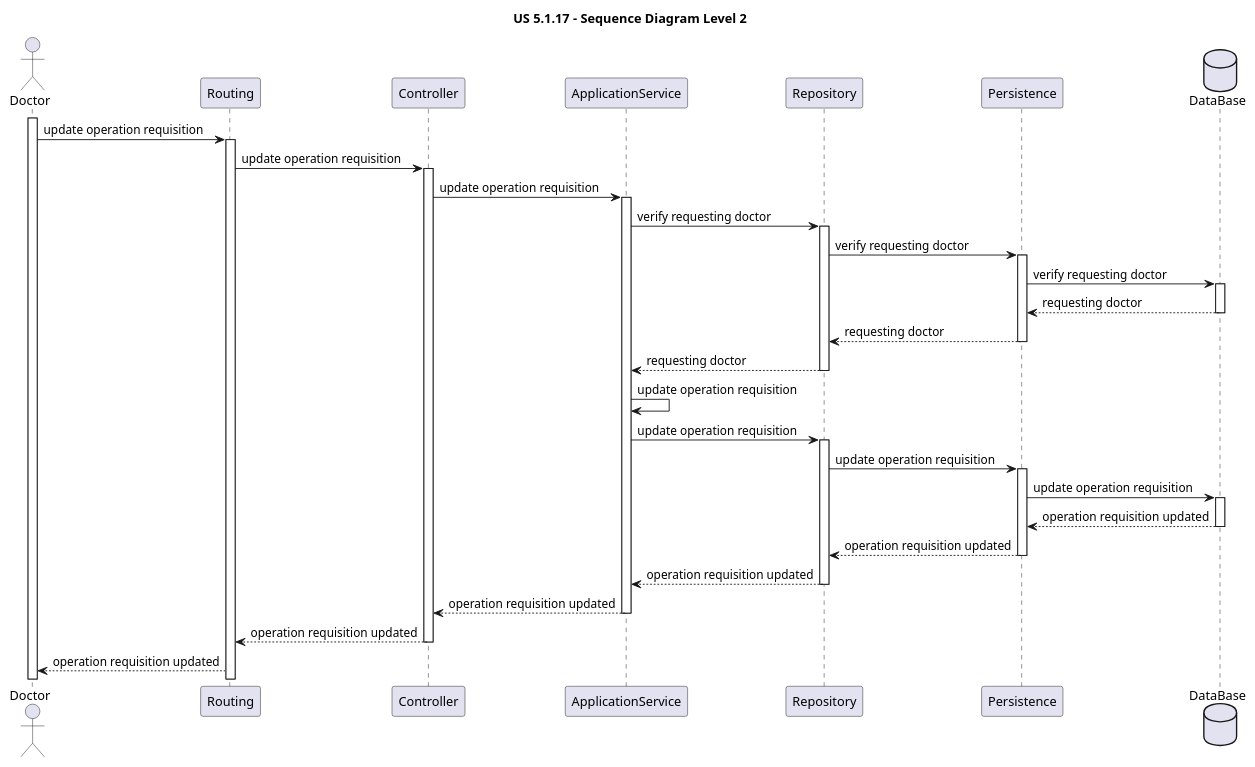
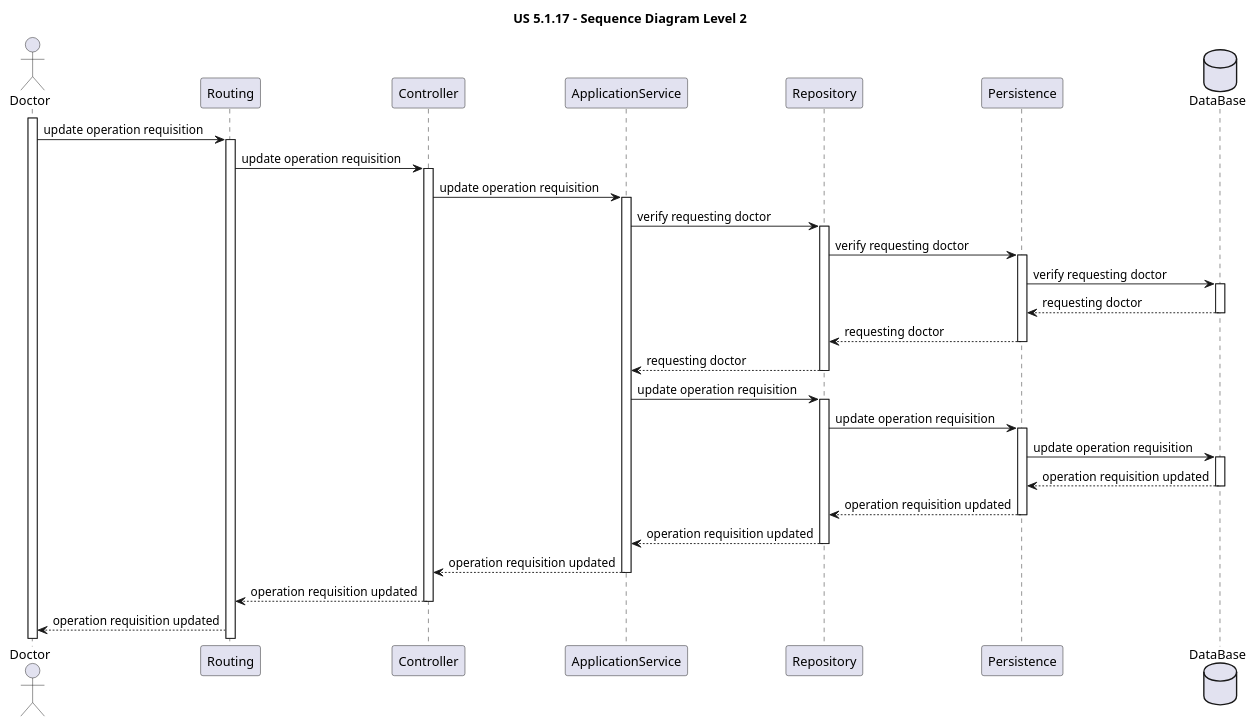
The diagram in docs/Sprint 1/US 5.1.17/SequenceDiagrams/Level3/SD_Level3.puml (MateusCabral2004/sem5pi), drawn with PlantUML before and after one commit. The commit also changed 4 other files, not shown here.

```diff
--- a/docs/Sprint 1/US 5.1.17/SequenceDiagrams/Level3/SD_Level3.puml
+++ b/docs/Sprint 1/US 5.1.17/SequenceDiagrams/Level3/SD_Level3.puml
@@ -1,80 +1,78 @@
 @startuml
 'https://plantuml.com/sequence-diagram
 
 title US 5.1.17 - Sequence Diagram Level 2
 
 
 actor Doctor
 participant Routing
 participant Controller
 participant ApplicationService
 participant Repository
 participant Persistence
 database DataBase
 
 activate Doctor
 
 Doctor -> Routing: update operation requisition
 
 activate Routing
 
 Routing -> Controller: update operation requisition
 
 activate Controller
 
 Controller -> ApplicationService: update operation requisition
 
 activate ApplicationService
 
 ApplicationService -> Repository: verify requesting doctor
 
 activate Repository
 
 Repository -> Persistence:verify requesting doctor
 
 activate Persistence
 
 Persistence -> DataBase:verify requesting doctor
 
 activate DataBase
 
 DataBase --> Persistence:requesting doctor
 deactivate DataBase
 
 Persistence --> Repository: requesting doctor
 deactivate Persistence
 
 Repository --> ApplicationService:requesting doctor
 deactivate Repository
 
-ApplicationService -> ApplicationService: update operation requisition
-
 ApplicationService -> Repository: update operation requisition
 activate Repository
 
 Repository -> Persistence: update operation requisition
 activate Persistence
 
 Persistence -> DataBase:update operation requisition
 activate DataBase
 
 DataBase --> Persistence:operation requisition updated
 deactivate DataBase
 
 Persistence --> Repository:operation requisition updated
 deactivate Persistence
 
 Repository --> ApplicationService: operation requisition updated
 
 deactivate Repository
 
 ApplicationService --> Controller: operation requisition updated
 
 deactivate ApplicationService
 
 Controller --> Routing: operation requisition updated
 
 deactivate Controller
 
 Routing --> Doctor: operation requisition updated
 @enduml
```
